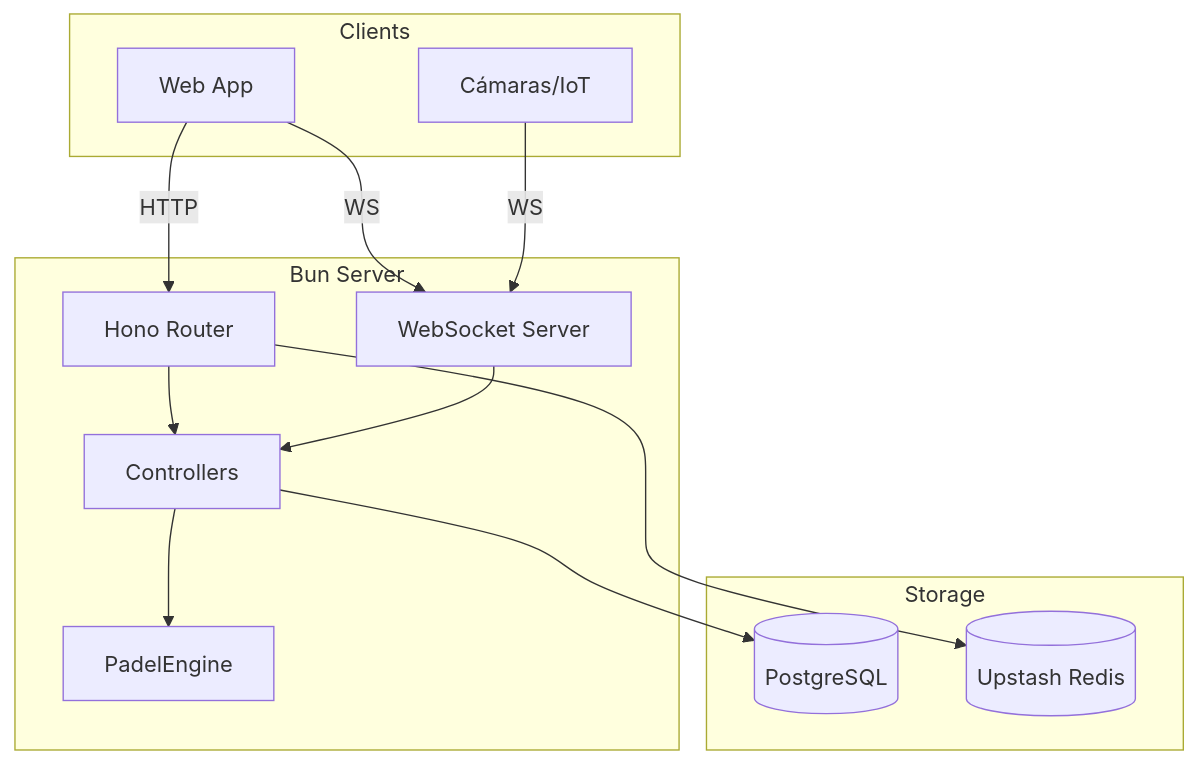
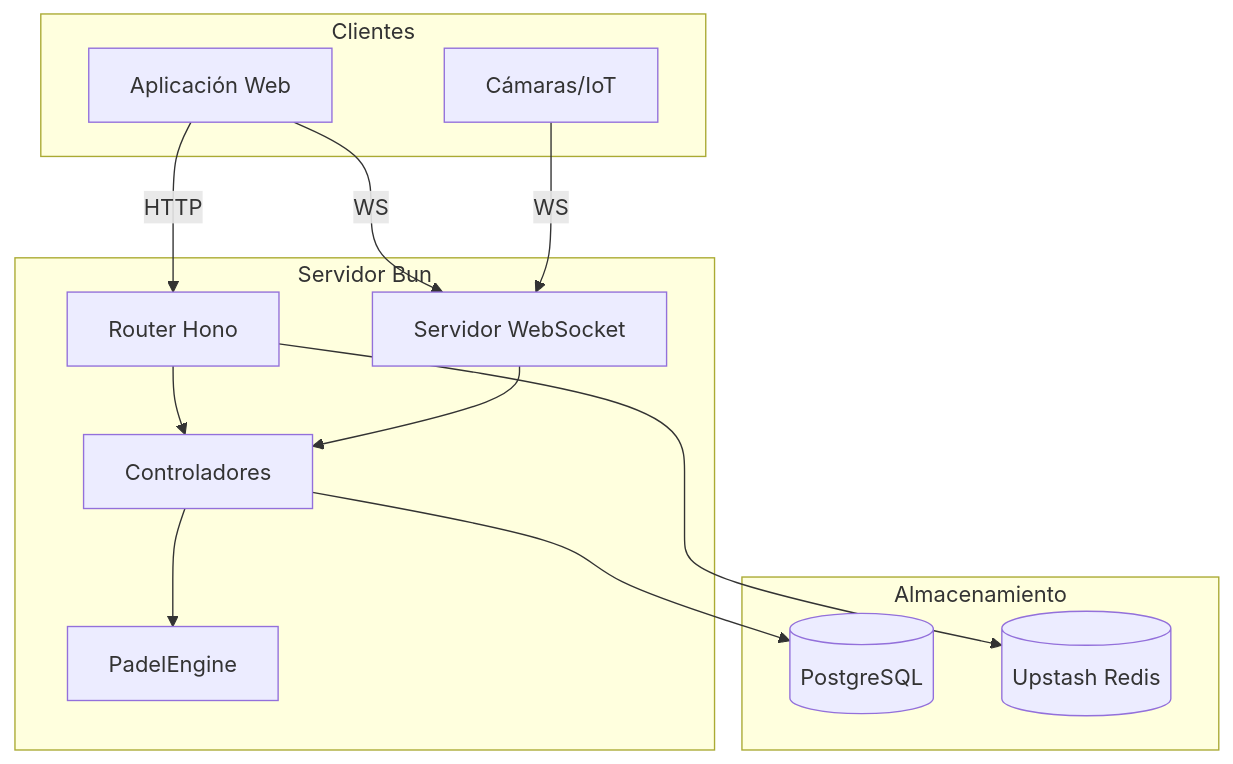
Before and after one commit to samuhlo-training/padelcourts_front: the first of 2 diagrams in docs/backend/CURRENT_STATE_DOCS.md, drawn with Mermaid. The commit also changed other lines of this file and 43 other files, not shown here.

````diff
--- a/docs/backend/CURRENT_STATE_DOCS.md
+++ b/docs/backend/CURRENT_STATE_DOCS.md
@@ -23,28 +23,28 @@
 ```mermaid
 graph TB
-    subgraph Clients
-        WEB[Web App]
-        IOT[Cámaras/IoT]
+    subgraph Clients["Clientes"]
+        WEB["Aplicación Web"]
+        IOT["Cámaras/IoT"]
     end
 
-    subgraph Server["Bun Server"]
-        HONO[Hono Router]
-        WS[WebSocket Server]
-        CTRL[Controllers]
-        ENGINE[PadelEngine]
+    subgraph Server["Servidor Bun"]
+        HONO["Router Hono"]
+        WS["Servidor WebSocket"]
+        CTRL["Controladores"]
+        ENGINE["PadelEngine"]
     end
 
-    subgraph Storage
+    subgraph Storage["Almacenamiento"]
         PG[(PostgreSQL)]
         REDIS[(Upstash Redis)]
     end
 
     WEB --HTTP--> HONO
     WEB --WS--> WS
     IOT --WS--> WS
     HONO --> CTRL
     WS --> CTRL
     CTRL --> ENGINE
     CTRL --> PG
     HONO --> REDIS
 ```
````
